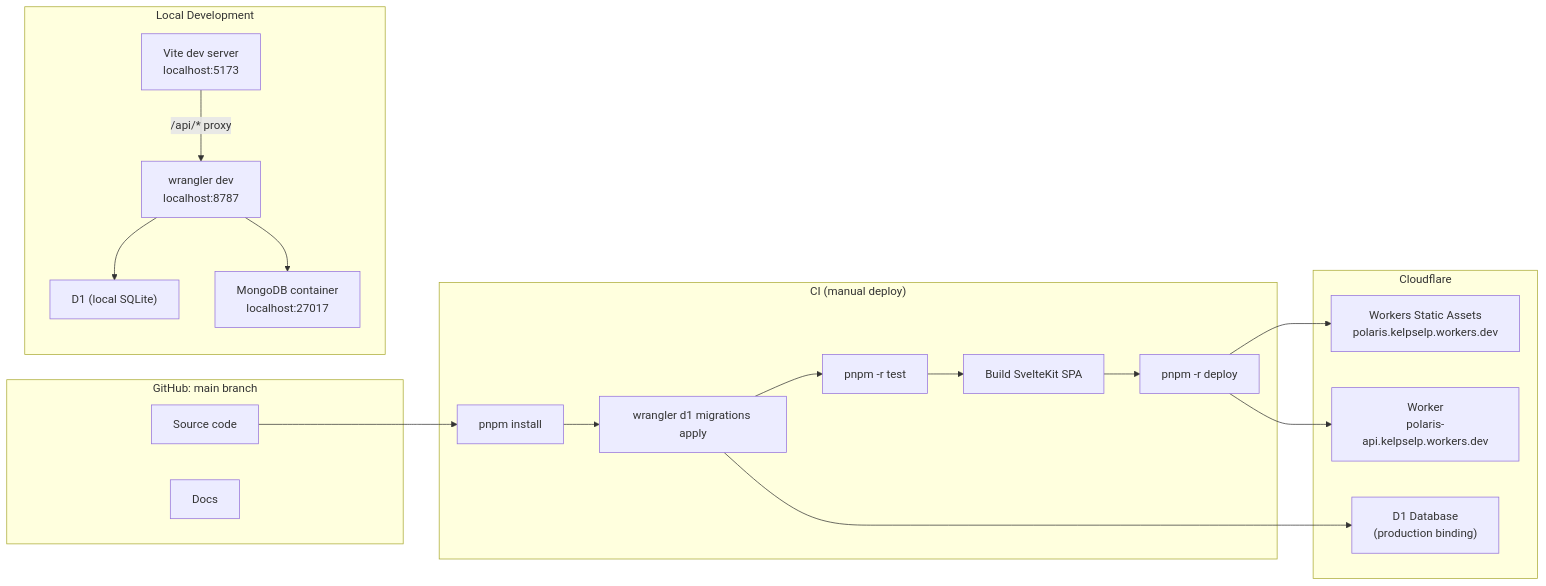
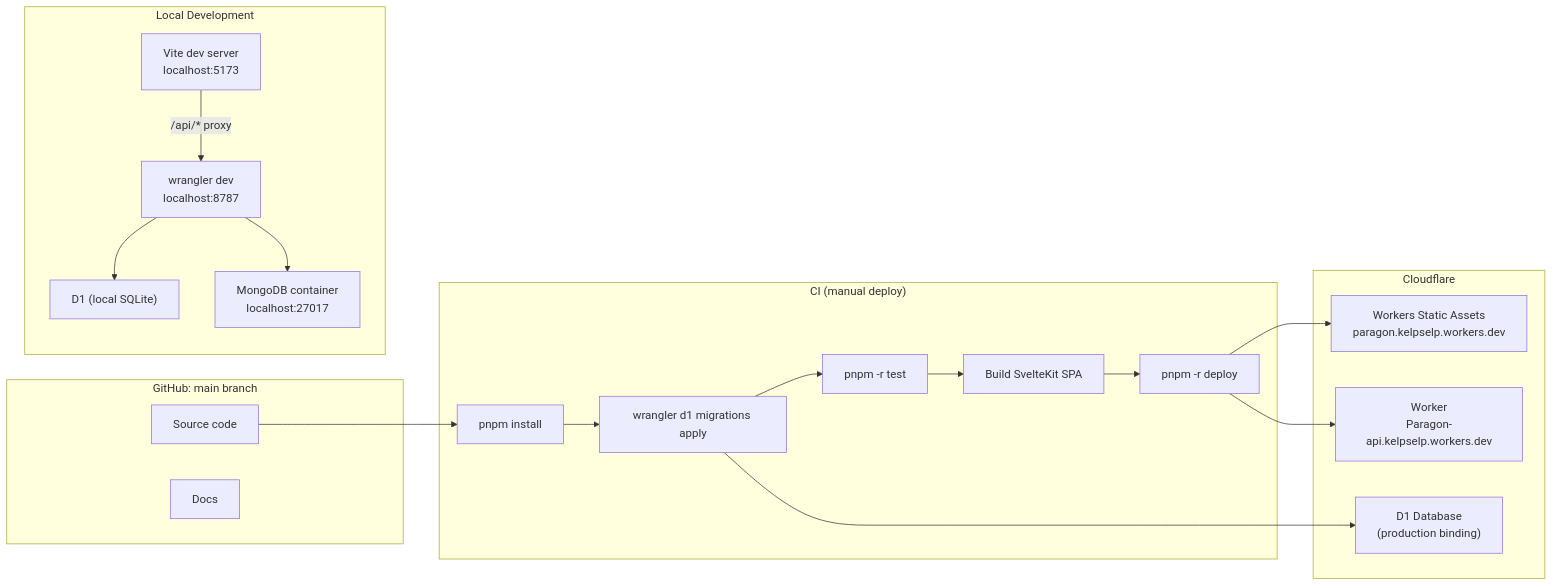
Diagram 21 of 21 in docs/system-design.md (Zyxavy/Polaris), drawn with Mermaid before and after one commit. The commit also changed other lines of this file and 60 other files, not shown here.

````diff
--- a/docs/system-design.md
+++ b/docs/system-design.md
@@ -977,37 +977,37 @@
 ```mermaid
 flowchart LR
     subgraph Repo["GitHub: main branch"]
         Code["Source code"]
         ADRs["Docs"]
     end
 
     subgraph CI["CI (manual deploy)"]
         Install["pnpm install"]
         Migrate["wrangler d1 migrations apply"]
         Test["pnpm -r test"]
         Build["Build SvelteKit SPA"]
         Deploy["pnpm -r deploy"]
     end
 
     subgraph Production["Cloudflare"]
-        Web["Workers Static Assets<br/>polaris.kelpselp.workers.dev"]
-        API["Worker<br/>polaris-api.kelpselp.workers.dev"]
+        Web["Workers Static Assets<br/>paragon.kelpselp.workers.dev"]
+        API["Worker<br/>Paragon-api.kelpselp.workers.dev"]
         D1_Prod["D1 Database<br/>(production binding)"]
     end
 
     subgraph Dev["Local Development"]
         Vite["Vite dev server<br/>localhost:5173"]
         Wrangler["wrangler dev<br/>localhost:8787"]
         D1_Local["D1 (local SQLite)"]
         Mongo_Local["MongoDB container<br/>localhost:27017"]
     end
 
     Code --> Install --> Migrate --> Test --> Build --> Deploy
     Deploy --> Web
     Deploy --> API
     Migrate --> D1_Prod
 
     Vite -->|"/api/* proxy"| Wrangler
     Wrangler --> D1_Local
     Wrangler --> Mongo_Local
 ```
````
